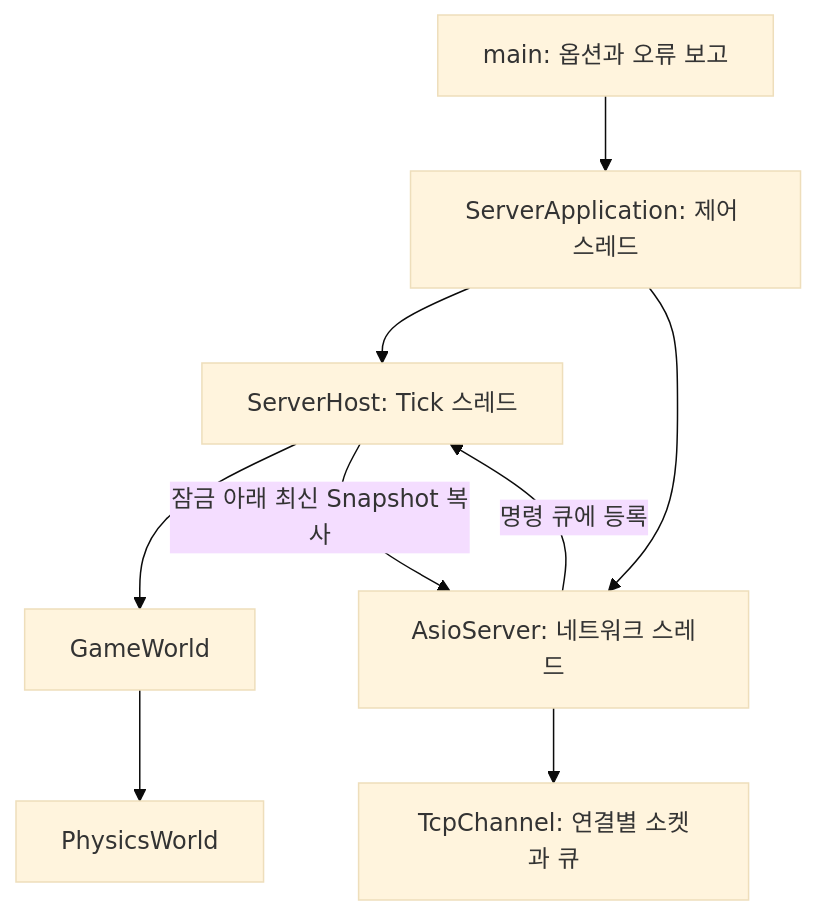
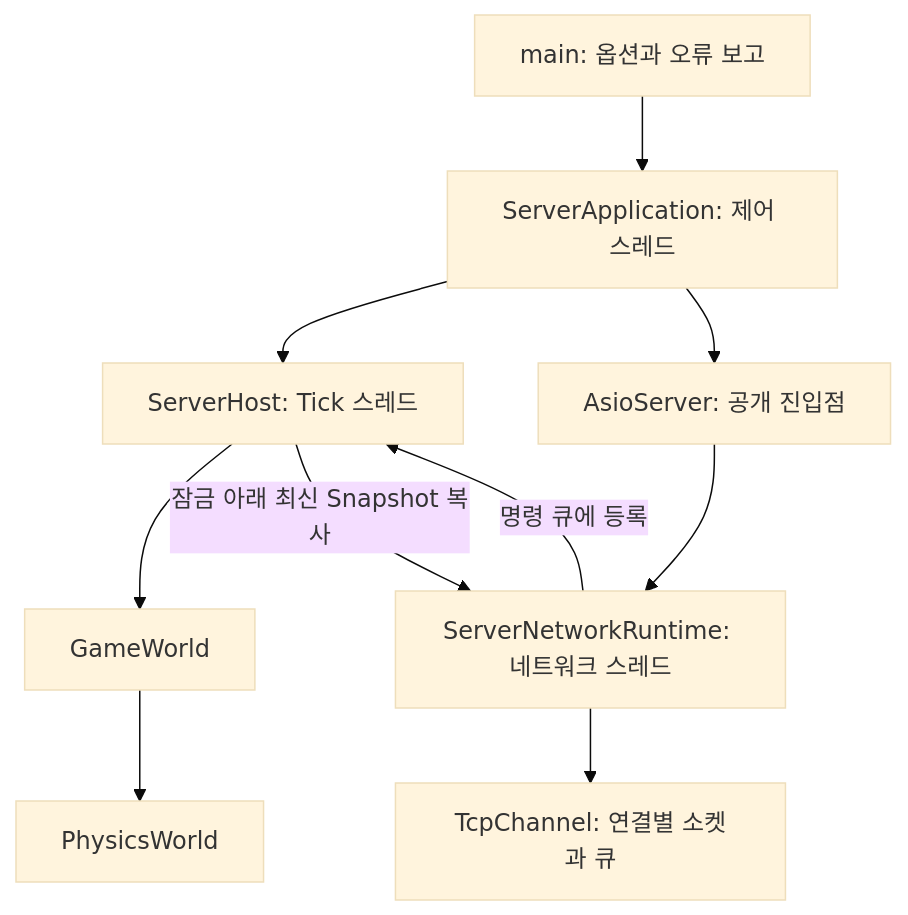
The first of 3 diagrams in docs/SERVER_ARCHITECTURE.md (BaeJiwoo/MoongTangE), drawn with Mermaid (base theme) before and after one commit. The commit also changed other lines of this file and 42 other files, not shown here.

````diff
--- a/docs/SERVER_ARCHITECTURE.md
+++ b/docs/SERVER_ARCHITECTURE.md
@@ -21,11 +22,12 @@
 ```mermaid
 flowchart TD
     Main[main: 옵션과 오류 보고] --> App[ServerApplication: 제어 스레드]
     App --> Host[ServerHost: Tick 스레드]
-    App --> Network[AsioServer: 네트워크 스레드]
+    App --> Facade[AsioServer: 공개 진입점]
+    Facade --> Network[ServerNetworkRuntime: 네트워크 스레드]
     Network --> Channel[TcpChannel: 연결별 소켓과 큐]
     Network -->|명령 큐에 등록| Host
     Host --> World[GameWorld]
     World --> Physics[PhysicsWorld]
     Host -->|잠금 아래 최신 Snapshot 복사| Network
 ```
````
